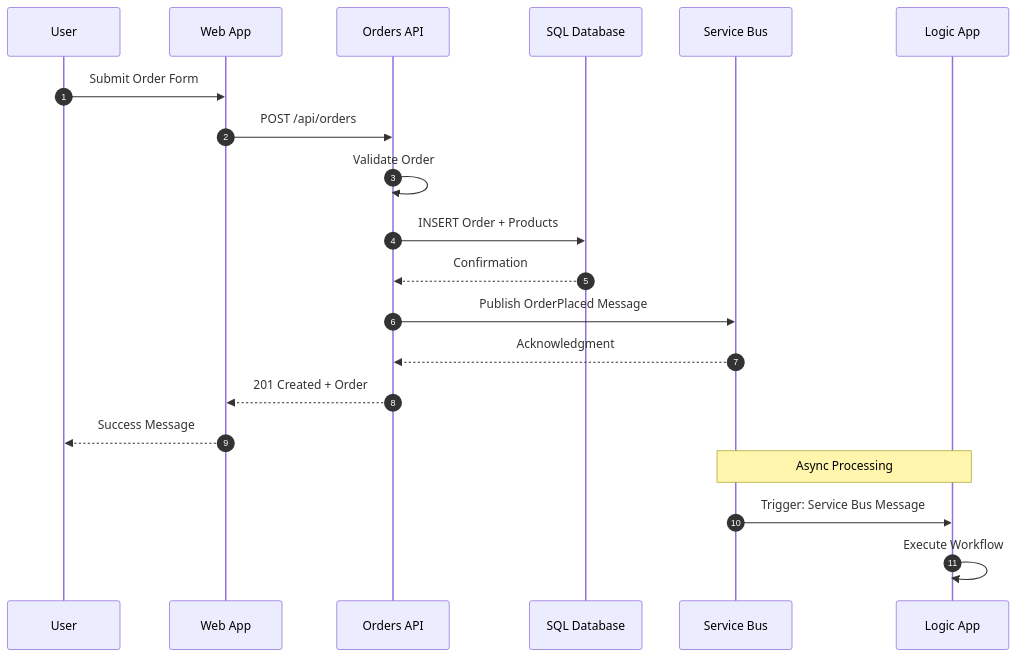
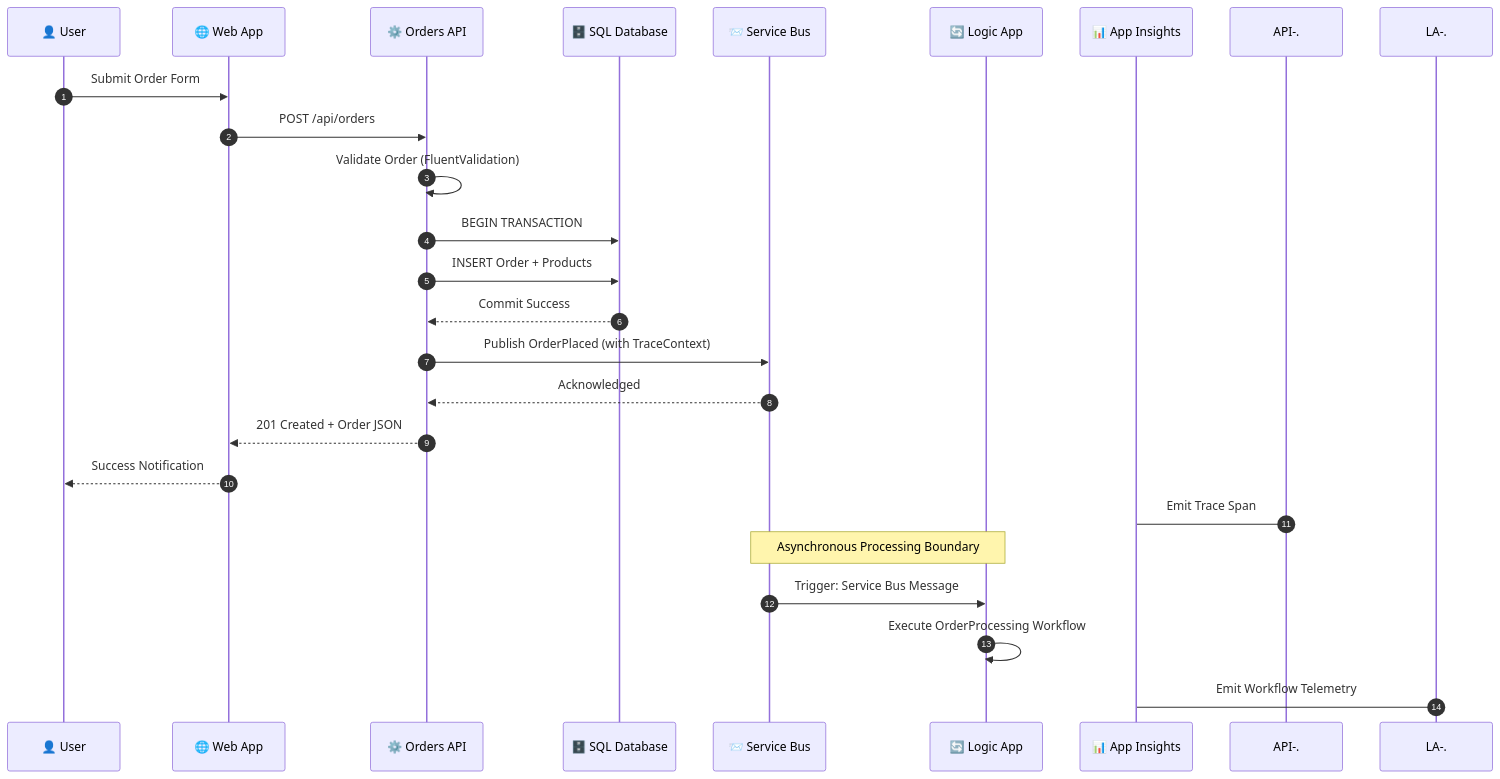
One commit to Evilazaro/Azure-LogicApps-Monitoring changed the second of 4 diagrams in docs/architecture/02-data-architecture.md. Above: the diagram before and after it, drawn with Mermaid. The commit also changed other lines of this file, not shown here.

Commit message:
Enhance data architecture documentation with detailed descriptions, improved flowcharts, and telemetry integration for Azure Logic Apps Monitoring Solution

````diff
--- a/docs/architecture/02-data-architecture.md
+++ b/docs/architecture/02-data-architecture.md
@@ -55,24 +95,29 @@
 ```mermaid
 sequenceDiagram
     autonumber
-    participant User as User
-    participant Web as Web App
-    participant API as Orders API
-    participant DB as SQL Database
-    participant SB as Service Bus
-    participant LA as Logic App
+    participant User as 👤 User
+    participant Web as 🌐 Web App
+    participant API as ⚙️ Orders API
+    participant DB as 🗄️ SQL Database
+    participant SB as 📨 Service Bus
+    participant LA as 🔄 Logic App
+    participant AI as 📊 App Insights
 
     User->>Web: Submit Order Form
     Web->>API: POST /api/orders
-    API->>API: Validate Order
+    API->>API: Validate Order (FluentValidation)
+    API->>DB: BEGIN TRANSACTION
     API->>DB: INSERT Order + Products
-    DB-->>API: Confirmation
-    API->>SB: Publish OrderPlaced Message
-    SB-->>API: Acknowledgment
-    API-->>Web: 201 Created + Order
-    Web-->>User: Success Message
+    DB-->>API: Commit Success
+    API->>SB: Publish OrderPlaced (with TraceContext)
+    SB-->>API: Acknowledged
+    API-->>Web: 201 Created + Order JSON
+    Web-->>User: Success Notification
     
-    Note over SB,LA: Async Processing
+    API-.->AI: Emit Trace Span
+    
+    Note over SB,LA: Asynchronous Processing Boundary
     SB->>LA: Trigger: Service Bus Message
-    LA->>LA: Execute Workflow
+    LA->>LA: Execute OrderProcessing Workflow
+    LA-.->AI: Emit Workflow Telemetry
 ```
````
